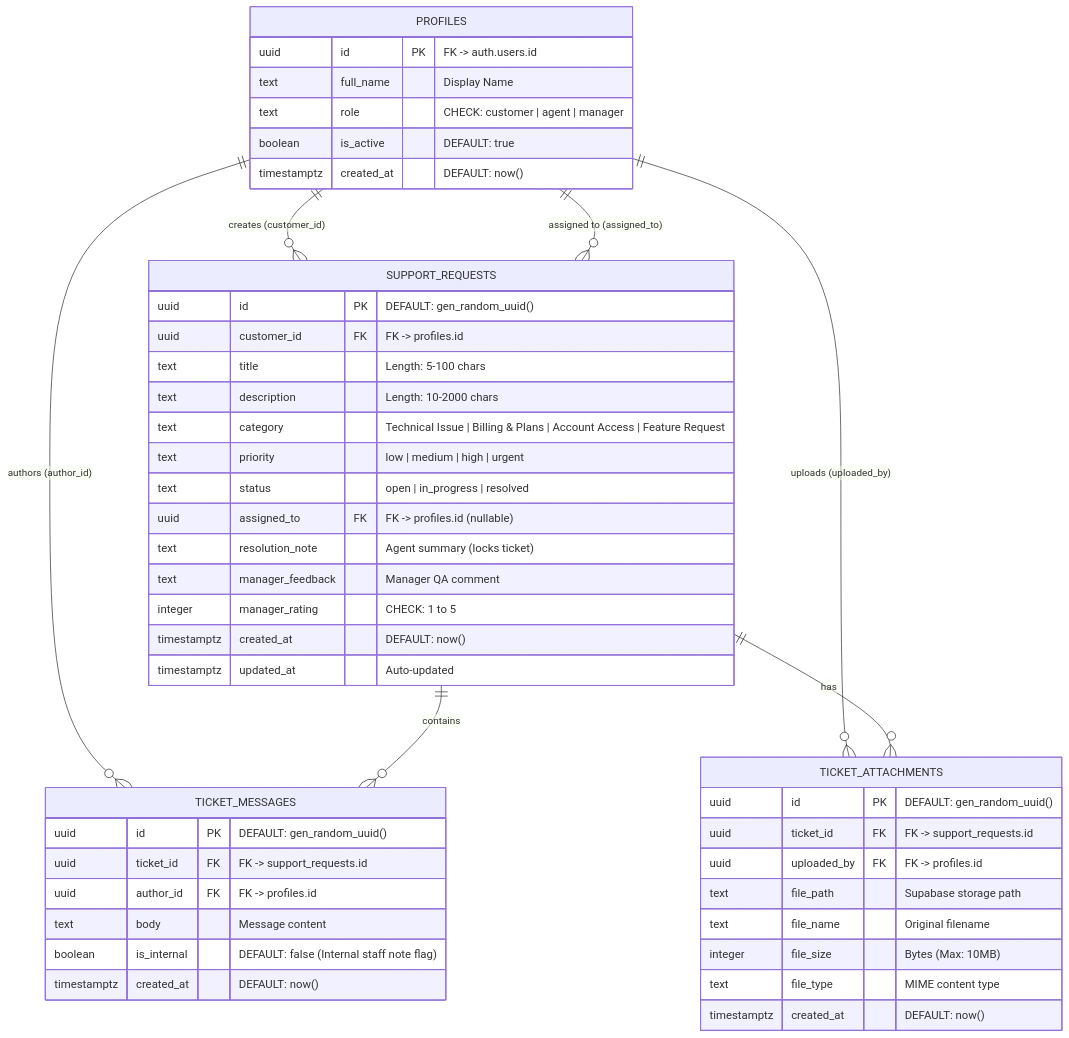
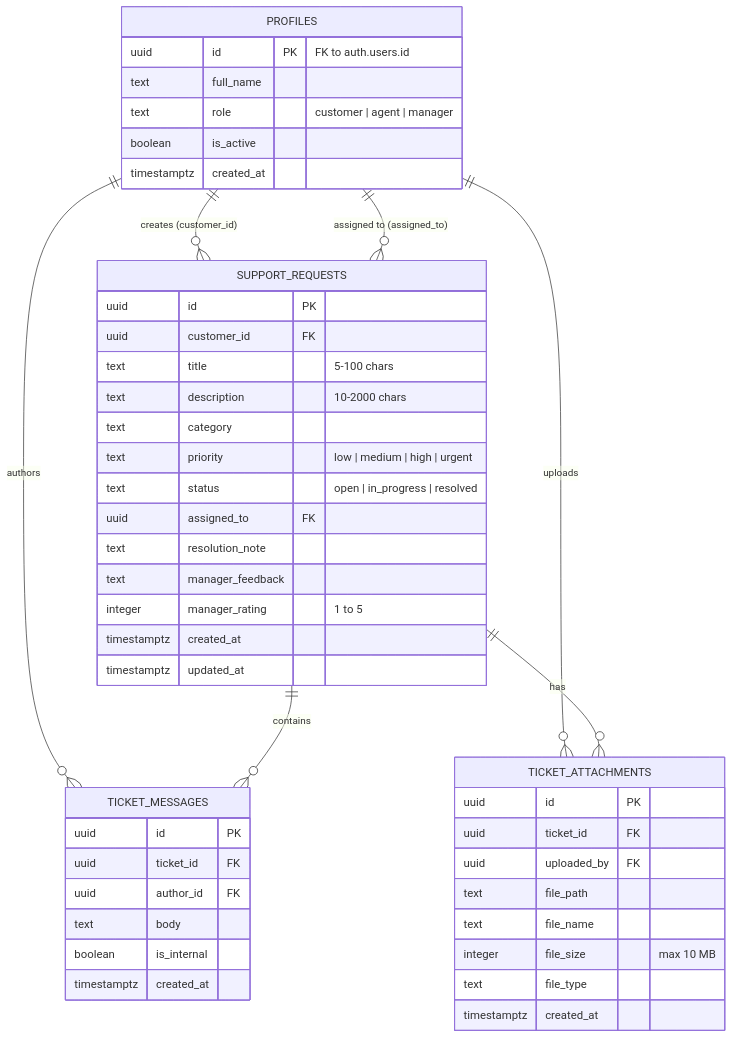
Before and after one commit to zyadmoataz/Customer-Support-Operations-Platform: the third of 3 diagrams in README.md, drawn with Mermaid. The commit also changed other lines of this file, not shown here.

````diff
--- a/README.md
+++ b/README.md
@@ -241,53 +132,50 @@
 ```mermaid
 erDiagram
     PROFILES ||--o{ SUPPORT_REQUESTS : "creates (customer_id)"
     PROFILES ||--o{ SUPPORT_REQUESTS : "assigned to (assigned_to)"
-    PROFILES ||--o{ TICKET_MESSAGES : "authors (author_id)"
-    PROFILES ||--o{ TICKET_ATTACHMENTS : "uploads (uploaded_by)"
+    PROFILES ||--o{ TICKET_MESSAGES : "authors"
+    PROFILES ||--o{ TICKET_ATTACHMENTS : "uploads"
     SUPPORT_REQUESTS ||--o{ TICKET_MESSAGES : "contains"
     SUPPORT_REQUESTS ||--o{ TICKET_ATTACHMENTS : "has"
 
     PROFILES {
-        uuid id PK "FK -> auth.users.id"
-        text full_name "Display Name"
-        text role "CHECK: customer | agent | manager"
-        boolean is_active "DEFAULT: true"
-        timestamptz created_at "DEFAULT: now()"
+        uuid id PK "FK to auth.users.id"
+        text full_name
+        text role "customer | agent | manager"
+        boolean is_active
+        timestamptz created_at
     }
-
     SUPPORT_REQUESTS {
-        uuid id PK "DEFAULT: gen_random_uuid()"
-        uuid customer_id FK "FK -> profiles.id"
-        text title "Length: 5-100 chars"
-        text description "Length: 10-2000 chars"
-        text category "Technical Issue | Billing & Plans | Account Access | Feature Request"
+        uuid id PK
+        uuid customer_id FK
+        text title "5-100 chars"
+        text description "10-2000 chars"
+        text category
         text priority "low | medium | high | urgent"
         text status "open | in_progress | resolved"
-        uuid assigned_to FK "FK -> profiles.id (nullable)"
-        text resolution_note "Agent summary (locks ticket)"
-        text manager_feedback "Manager QA comment"
-        integer manager_rating "CHECK: 1 to 5"
-        timestamptz created_at "DEFAULT: now()"
-        timestamptz updated_at "Auto-updated"
+        uuid assigned_to FK
+        text resolution_note
+        text manager_feedback
+        integer manager_rating "1 to 5"
+        timestamptz created_at
+        timestamptz updated_at
     }
-
     TICKET_MESSAGES {
-        uuid id PK "DEFAULT: gen_random_uuid()"
-        uuid ticket_id FK "FK -> support_requests.id"
-        uuid author_id FK "FK -> profiles.id"
-        text body "Message content"
-        boolean is_internal "DEFAULT: false (Internal staff note flag)"
-        timestamptz created_at "DEFAULT: now()"
+        uuid id PK
+        uuid ticket_id FK
+        uuid author_id FK
+        text body
+        boolean is_internal
+        timestamptz created_at
     }
-
     TICKET_ATTACHMENTS {
-        uuid id PK "DEFAULT: gen_random_uuid()"
-        uuid ticket_id FK "FK -> support_requests.id"
-        uuid uploaded_by FK "FK -> profiles.id"
-        text file_path "Supabase storage path"
-        text file_name "Original filename"
-        integer file_size "Bytes (Max: 10MB)"
-        text file_type "MIME content type"
-        timestamptz created_at "DEFAULT: now()"
+        uuid id PK
+        uuid ticket_id FK
+        uuid uploaded_by FK
+        text file_path
+        text file_name
+        integer file_size "max 10 MB"
+        text file_type
+        timestamptz created_at
     }
 ```
````
